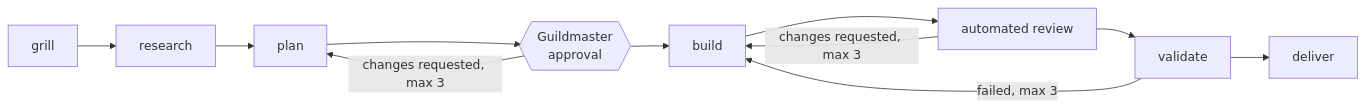
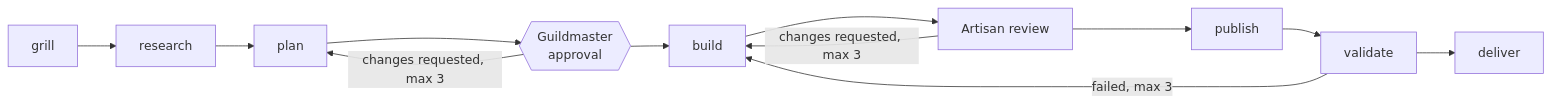
Before and after one commit to ndrwl/guildhall: the third of 4 diagrams in README.md, drawn with Mermaid. The commit also changed other lines of this file and 29 other files, not shown here.

````diff
--- a/README.md
+++ b/README.md
@@ -119,10 +120,10 @@
 ```mermaid
 flowchart LR
     grill --> research --> plan --> accept{{"Guildmaster<br/>approval"}}
     accept -- "changes requested, max 3" --> plan
-    accept --> build --> review["automated review"]
+    accept --> build --> review["Artisan review"]
     review -- "changes requested, max 3" --> build
-    review --> validate
+    review --> publish --> validate
     validate -- "failed, max 3" --> build
     validate --> deliver
 ```
````
